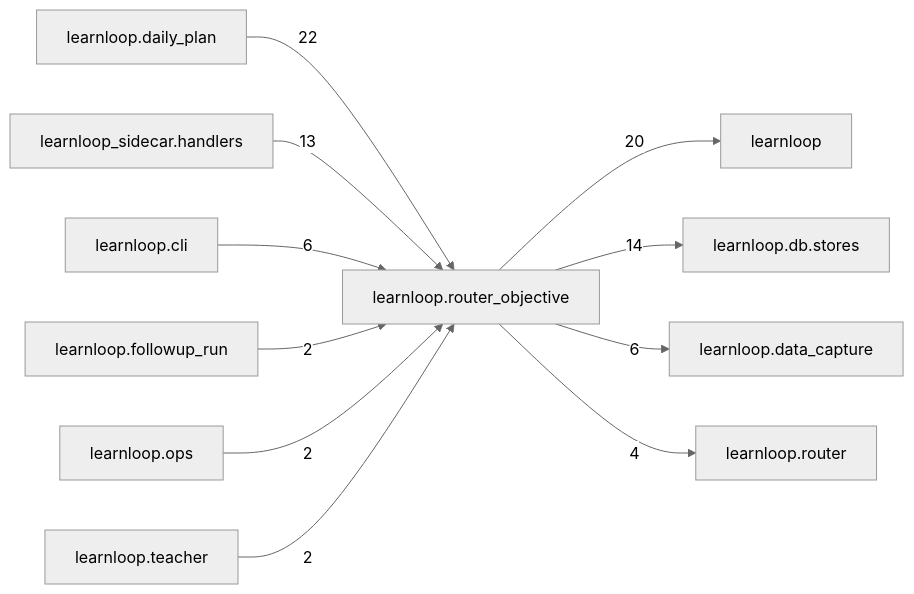
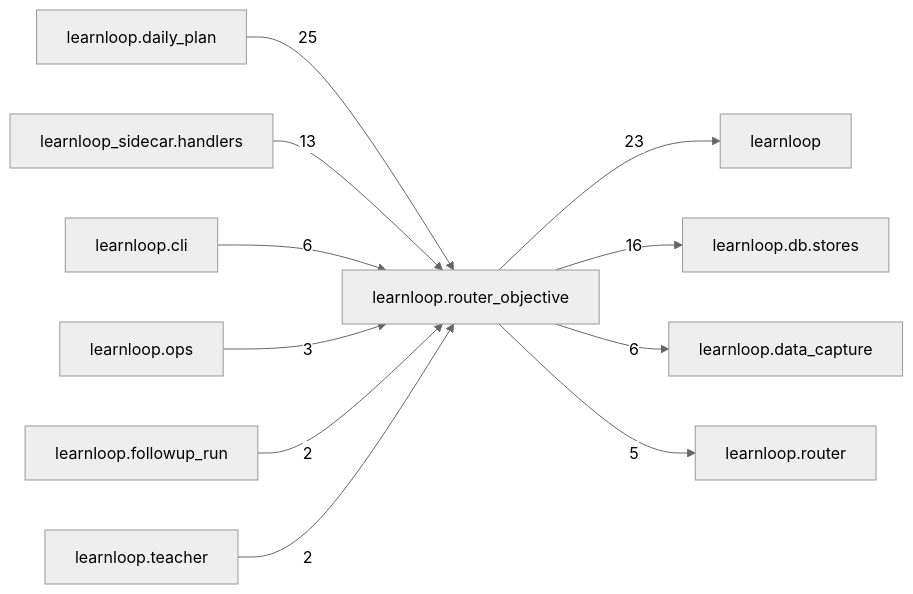
Before and after one commit to 6up-b/learnanything: the diagram in docs/learnloop-architecture-vault/Reference/Modules/learnloop/router_objective/_package.md, drawn with Mermaid (neutral theme). The commit also changed other lines of this file and 162 other files, not shown here.

````diff
--- a/docs/learnloop-architecture-vault/Reference/Modules/learnloop/router_objective/_package.md
+++ b/docs/learnloop-architecture-vault/Reference/Modules/learnloop/router_objective/_package.md
@@ -140,24 +144,24 @@
 ```mermaid
 flowchart LR
     center["learnloop.router_objective"]
     n_learnloop_daily_plan["learnloop.daily_plan"]
     n_learnloop["learnloop"]
     n_learnloop_db_stores["learnloop.db.stores"]
     n_learnloop_sidecar_handlers["learnloop_sidecar.handlers"]
     n_learnloop_cli["learnloop.cli"]
     n_learnloop_data_capture["learnloop.data_capture"]
     n_learnloop_router["learnloop.router"]
+    n_learnloop_ops["learnloop.ops"]
     n_learnloop_followup_run["learnloop.followup_run"]
-    n_learnloop_ops["learnloop.ops"]
     n_learnloop_teacher["learnloop.teacher"]
-    n_learnloop_daily_plan -->|22| center
-    center -->|20| n_learnloop
-    center -->|14| n_learnloop_db_stores
+    n_learnloop_daily_plan -->|25| center
+    center -->|23| n_learnloop
+    center -->|16| n_learnloop_db_stores
     n_learnloop_sidecar_handlers -->|13| center
     n_learnloop_cli -->|6| center
     center -->|6| n_learnloop_data_capture
-    center -->|4| n_learnloop_router
+    center -->|5| n_learnloop_router
+    n_learnloop_ops -->|3| center
     n_learnloop_followup_run -->|2| center
-    n_learnloop_ops -->|2| center
     n_learnloop_teacher -->|2| center
 ```
````
